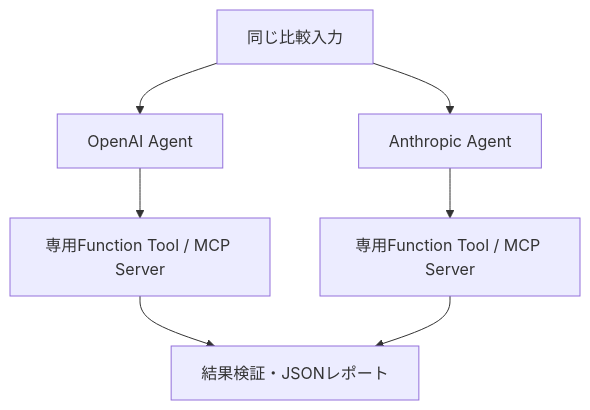
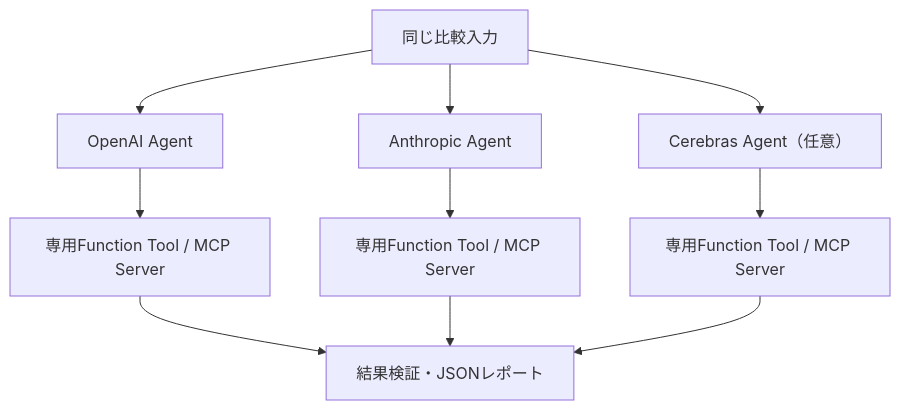
Before and after one commit to koura718/agent-lab: the diagram in docs/mixed-models.md, drawn with Mermaid. The commit also changed other lines of this file and 16 other files, not shown here.

````diff
--- a/docs/mixed-models.md
+++ b/docs/mixed-models.md
@@ -9,9 +9,12 @@
 ```mermaid
 flowchart TD
     Input["同じ比較入力"] --> GPT["OpenAI Agent"]
     Input --> Claude["Anthropic Agent"]
+    Input --> Cerebras["Cerebras Agent（任意）"]
     GPT --> ToolA["専用Function Tool / MCP Server"]
     Claude --> ToolB["専用Function Tool / MCP Server"]
     ToolA --> Report["結果検証・JSONレポート"]
     ToolB --> Report
+    Cerebras --> ToolC["専用Function Tool / MCP Server"]
+    ToolC --> Report
 ```
````
